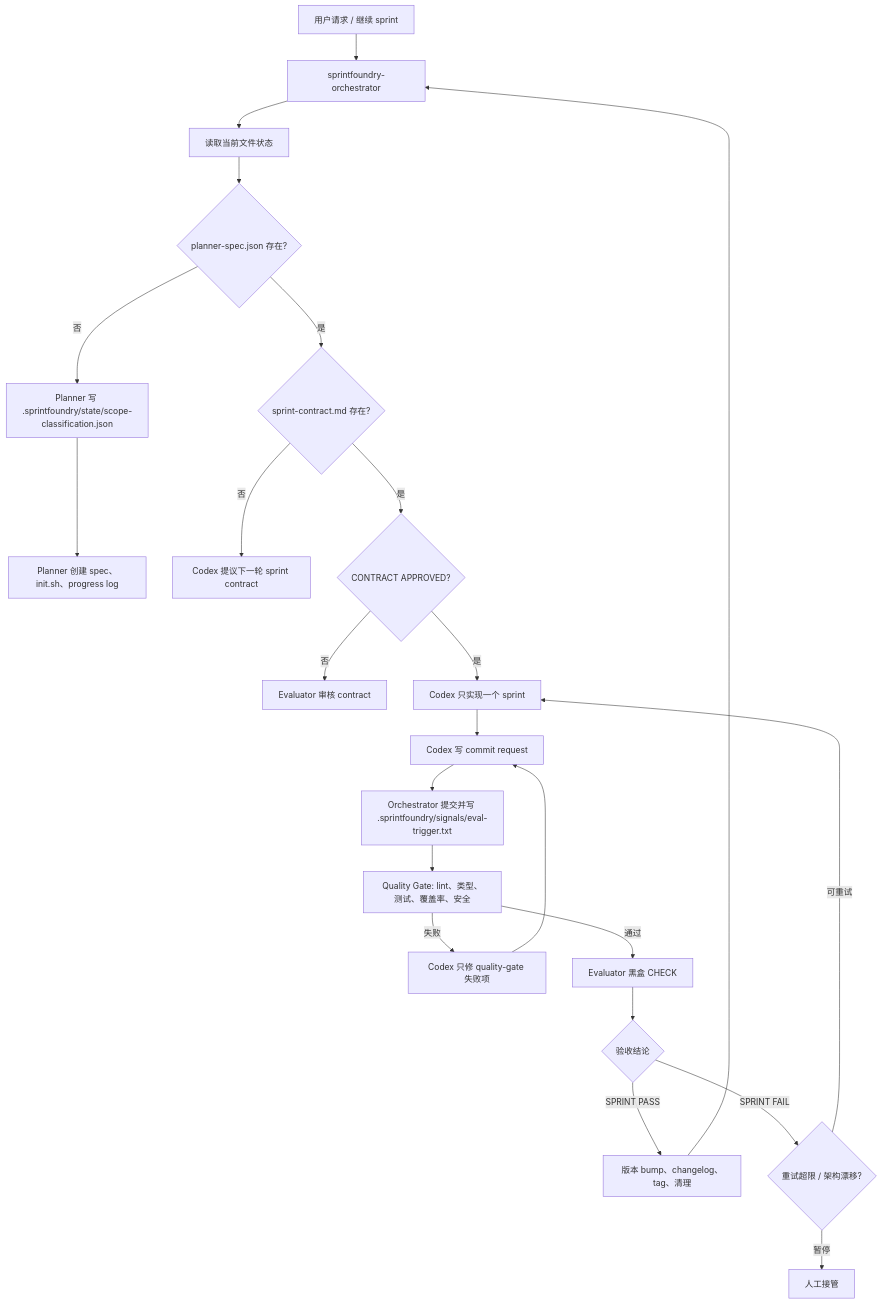
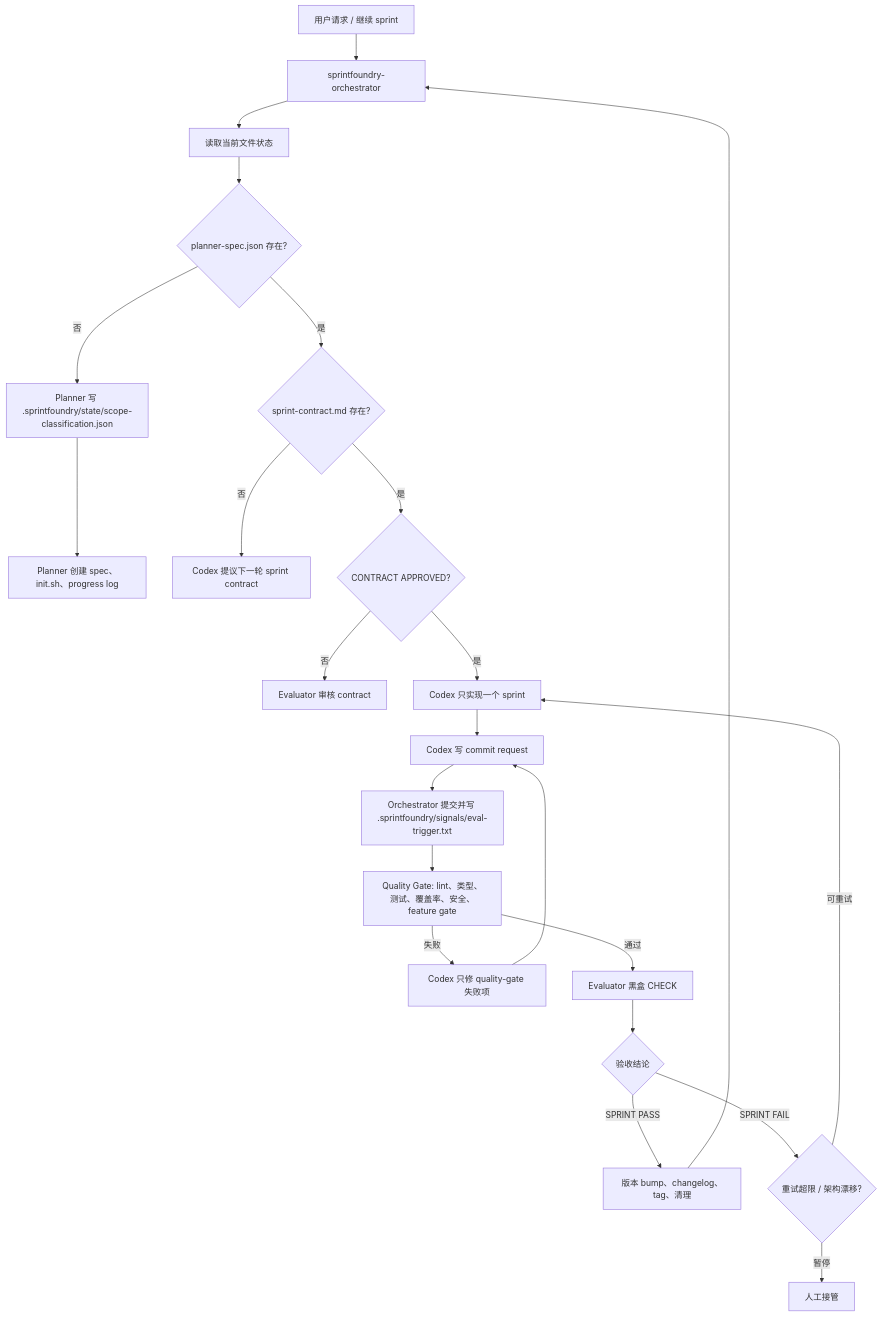
Before and after one commit to YuSec2021/sprintfoundry: the diagram in README.zh-CN.md, drawn with Mermaid. The commit also changed other lines of this file and 1 other file, not shown here.

````diff
--- a/README.zh-CN.md
+++ b/README.zh-CN.md
@@ -80,25 +81,25 @@
 ```mermaid
 flowchart TD
     A["用户请求 / 继续 sprint"] --> O["sprintfoundry-orchestrator"]
     O --> S["读取当前文件状态"]
     S --> P{"planner-spec.json 存在?"}
     P -- 否 --> SC["Planner 写 .sprintfoundry/state/scope-classification.json"]
     SC --> PL["Planner 创建 spec、init.sh、progress log"]
     P -- 是 --> C{"sprint-contract.md 存在?"}
     C -- 否 --> NC["Codex 提议下一轮 sprint contract"]
     C -- 是 --> A1{"CONTRACT APPROVED?"}
     A1 -- 否 --> CR["Evaluator 审核 contract"]
     A1 -- 是 --> G["Codex 只实现一个 sprint"]
     G --> RQ["Codex 写 commit request"]
     RQ --> T["Orchestrator 提交并写 .sprintfoundry/signals/eval-trigger.txt"]
-    T --> Q["Quality Gate: lint、类型、测试、覆盖率、安全"]
+    T --> Q["Quality Gate: lint、类型、测试、覆盖率、安全、feature gate"]
     Q -- 失败 --> QF["Codex 只修 quality-gate 失败项"]
     QF --> RQ
     Q -- 通过 --> E["Evaluator 黑盒 CHECK"]
     E --> R{"验收结论"}
     R -- "SPRINT PASS" --> V["版本 bump、changelog、tag、清理"]
     R -- "SPRINT FAIL" --> F{"重试超限 / 架构漂移?"}
     F -- 可重试 --> G
     F -- 暂停 --> H["人工接管"]
     V --> O
 ```
````
